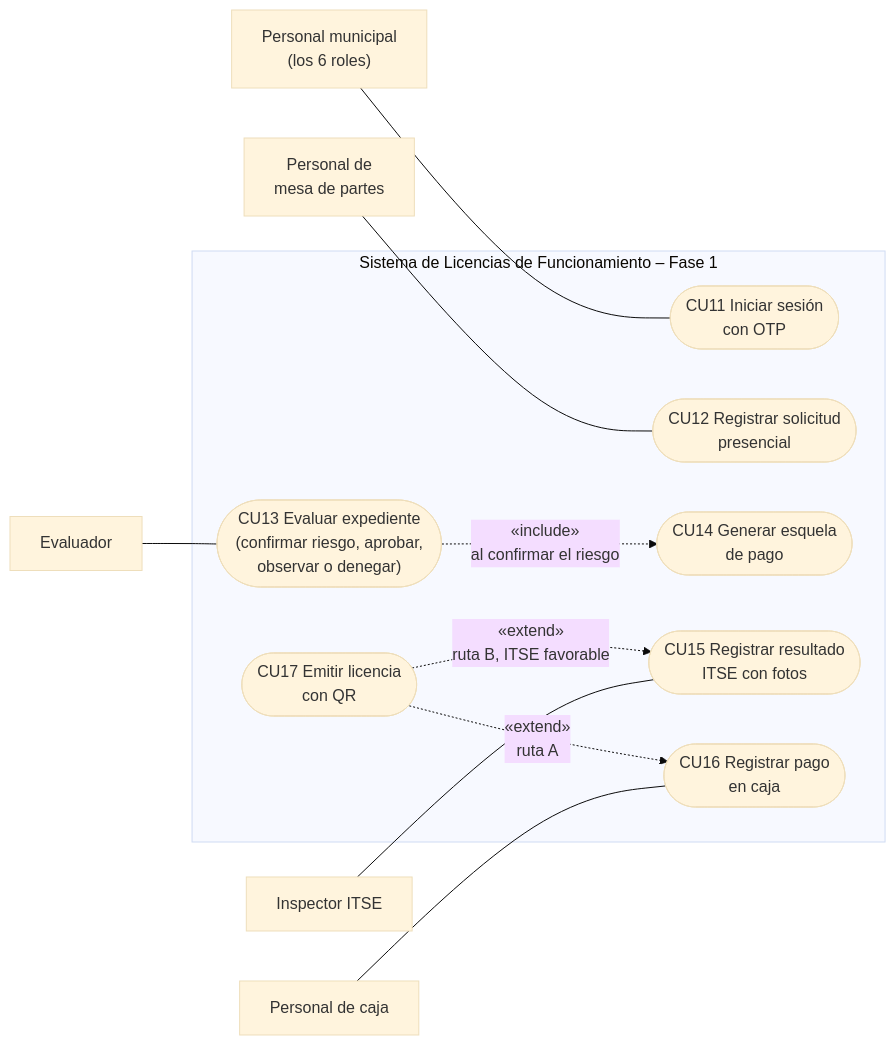
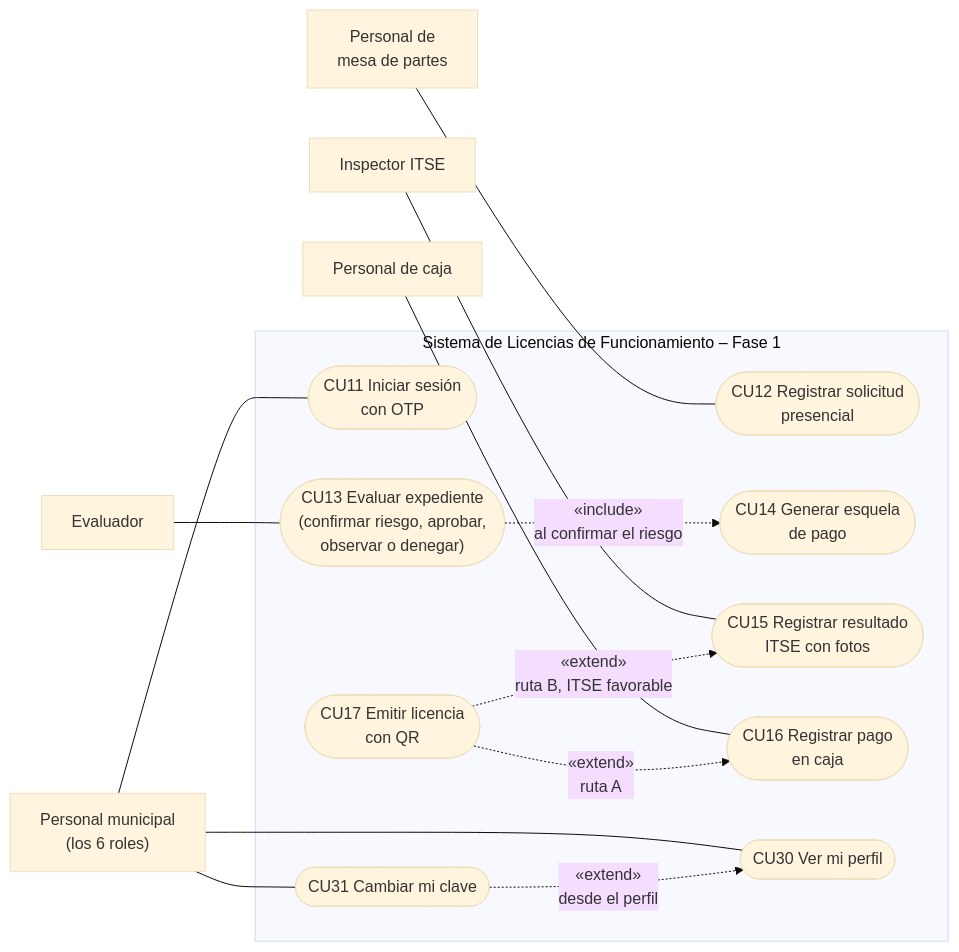
One commit to yeymyloson18/Licencias-Huanta-arquitSoft-JEIMY changed the second of 3 diagrams in docs/03-diseno-de-software/diagrama-casos-de-uso.md. Above: the diagram before and after it, drawn with Mermaid (base theme). The commit also changed other lines of this file and 51 other files, not shown here.

````diff
--- a/docs/03-diseno-de-software/diagrama-casos-de-uso.md
+++ b/docs/03-diseno-de-software/diagrama-casos-de-uso.md
@@ -58,27 +58,32 @@
 ```mermaid
 flowchart LR
     PM["Personal municipal<br/>(los 6 roles)"]
     MP["Personal de<br/>mesa de partes"]
     EV["Evaluador"]
     IN["Inspector ITSE"]
     CA["Personal de caja"]
 
     subgraph SIS["Sistema de Licencias de Funcionamiento – Fase 1"]
         CU11(["CU11 Iniciar sesión<br/>con OTP"])
         CU12(["CU12 Registrar solicitud<br/>presencial"])
         CU13(["CU13 Evaluar expediente<br/>(confirmar riesgo, aprobar,<br/>observar o denegar)"])
         CU14(["CU14 Generar esquela<br/>de pago"])
         CU15(["CU15 Registrar resultado<br/>ITSE con fotos"])
         CU16(["CU16 Registrar pago<br/>en caja"])
         CU17(["CU17 Emitir licencia<br/>con QR"])
+        CU30(["CU30 Ver mi perfil"])
+        CU31(["CU31 Cambiar mi clave"])
     end
 
     PM --- CU11
+    PM --- CU30
+    PM --- CU31
+    CU31 -.->|«extend»<br/>desde el perfil| CU30
     MP --- CU12
     EV --- CU13
     IN --- CU15
     CA --- CU16
     CU13 -.->|«include»<br/>al confirmar el riesgo| CU14
     CU17 -.->|«extend»<br/>ruta A| CU16
     CU17 -.->|«extend»<br/>ruta B, ITSE favorable| CU15
 ```
````
